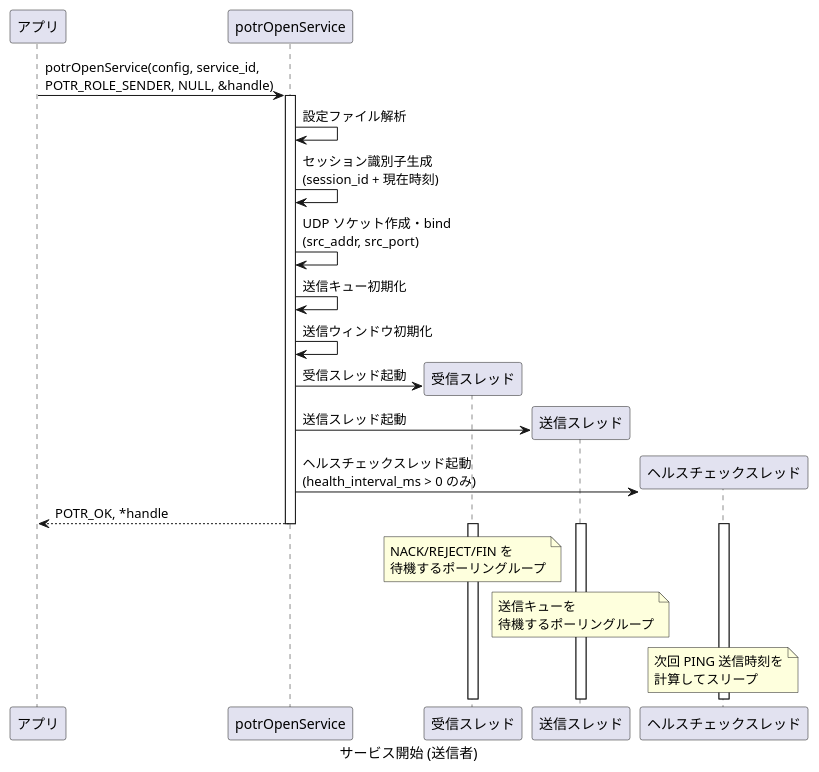
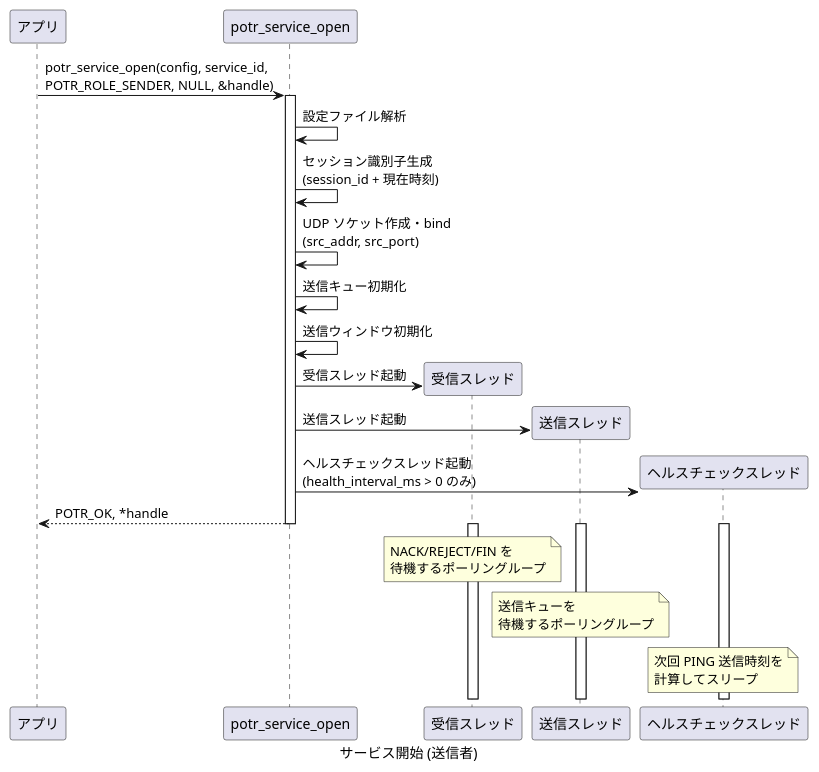
One commit to Hondarer/app_porter changed the first of 30 diagrams in docs/sequence.md. Above: the diagram before and after it, drawn with PlantUML. The commit also changed other lines of this file and 148 other files, not shown here.

````diff
--- a/docs/sequence.md
+++ b/docs/sequence.md
@@ -9,36 +9,36 @@
 ```plantuml
 @startuml サービス開始 (送信者)
 caption サービス開始 (送信者)
 
 participant "アプリ" as APP
-participant "potrOpenService" as OPEN
+participant "potr_service_open" as OPEN
 participant "受信スレッド" as RT
 participant "送信スレッド" as ST
 participant "ヘルスチェックスレッド" as HT
 
-APP -> OPEN: potrOpenService(config, service_id,\nPOTR_ROLE_SENDER, NULL, &handle)
+APP -> OPEN: potr_service_open(config, service_id,\nPOTR_ROLE_SENDER, NULL, &handle)
 
 activate OPEN
 OPEN -> OPEN: 設定ファイル解析
 OPEN -> OPEN: セッション識別子生成\n(session_id + 現在時刻)
 OPEN -> OPEN: UDP ソケット作成・bind\n(src_addr, src_port)
 OPEN -> OPEN: 送信キュー初期化
 OPEN -> OPEN: 送信ウィンドウ初期化
 
 OPEN -> RT**: 受信スレッド起動
 OPEN -> ST**: 送信スレッド起動
 OPEN -> HT**: ヘルスチェックスレッド起動\n(health_interval_ms > 0 のみ)
 
 OPEN --> APP: POTR_OK, *handle
 deactivate OPEN
 
 activate RT
 activate ST
 activate HT
 
 note over RT: NACK/REJECT/FIN を\n待機するポーリングループ
 note over ST: 送信キューを\n待機するポーリングループ
 note over HT: 次回 PING 送信時刻を\n計算してスリープ
 
 @enduml
 ```
````
